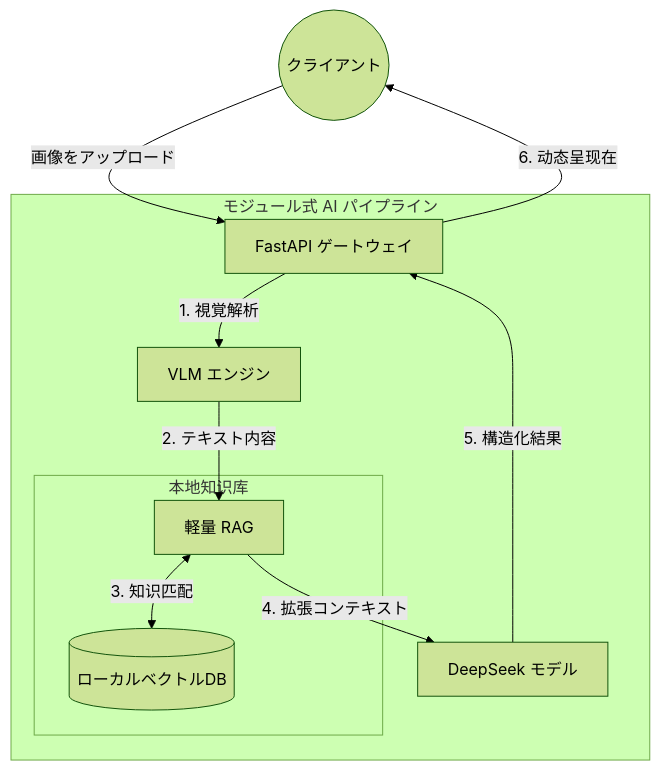
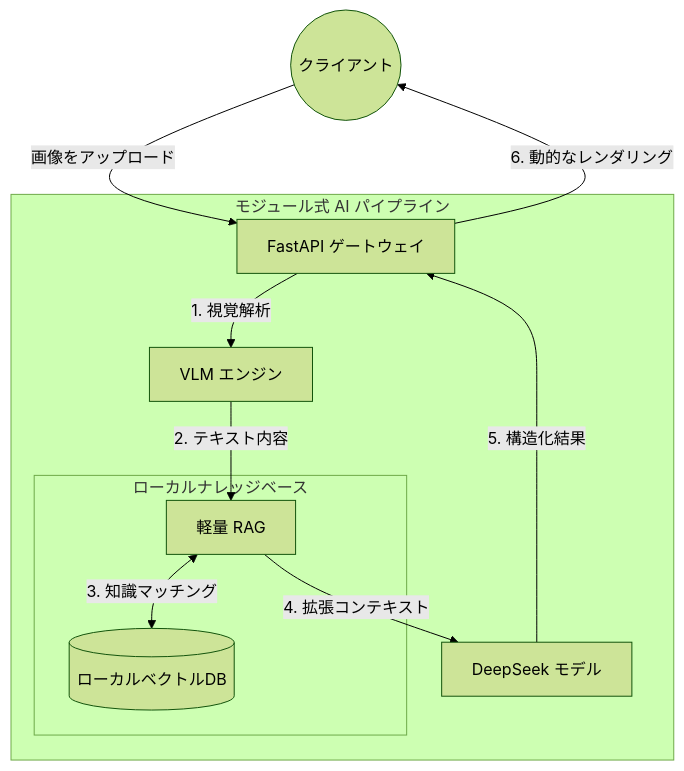
Before and after one commit to KardeniaPoyu/MiniRAGuard: the diagram in README_ja.md, drawn with Mermaid (forest theme).

````diff
--- a/README_ja.md
+++ b/README_ja.md
@@ -121,18 +121,18 @@
 ```mermaid
 graph TD
     User((クライアント)) -->|画像をアップロード| API_Gateway[FastAPI ゲートウェイ]
     
     subgraph モジュール式 AI パイプライン
         API_Gateway -->|1. 視覚解析| VL[VLM エンジン]
         VL -->|2. テキスト内容| RAG_Engine[軽量 RAG]
         
-        subgraph 本地知识库
-            RAG_Engine <-->|3. 知识匹配| VectorDB[(ローカルベクトルDB)]
+        subgraph ローカルナレッジベース
+            RAG_Engine <-->|3. 知識マッチング| VectorDB[(ローカルベクトルDB)]
         end
         
         RAG_Engine -->|4. 拡張コンテキスト| LLM[DeepSeek モデル]
     end
     
     LLM -->|5. 構造化結果| API_Gateway
-    API_Gateway -->|6. 动态呈现在| User
+    API_Gateway -->|6. 動的なレンダリング| User
 ```
````
